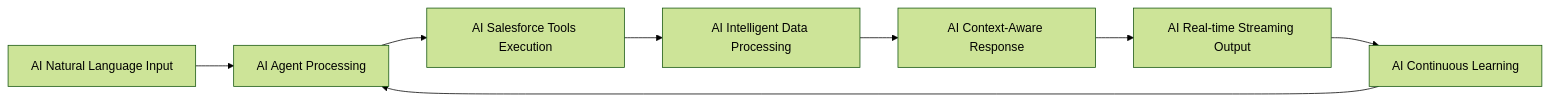
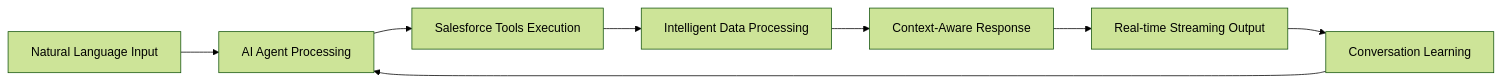
The diagram in README.md (bassem-elsodany/datapilot), drawn with Mermaid (forest theme) before and after one commit. The commit also changed other lines of this file and 2 other files, not shown here.

````diff
--- a/README.md
+++ b/README.md
@@ -101,10 +90,10 @@
 ```mermaid
 graph LR
-    A[AI Natural Language Input] --> B[AI Agent Processing]
-    B --> C[AI Salesforce Tools Execution]
-    C --> D[AI Intelligent Data Processing]
-    D --> E[AI Context-Aware Response]
-    E --> F[AI Real-time Streaming Output]
-    F --> G[AI Continuous Learning]
+    A[Natural Language Input] --> B[AI Agent Processing]
+    B --> C[Salesforce Tools Execution]
+    C --> D[Intelligent Data Processing]
+    D --> E[Context-Aware Response]
+    E --> F[Real-time Streaming Output]
+    F --> G[Conversation Learning]
     G --> B
 ```
````
